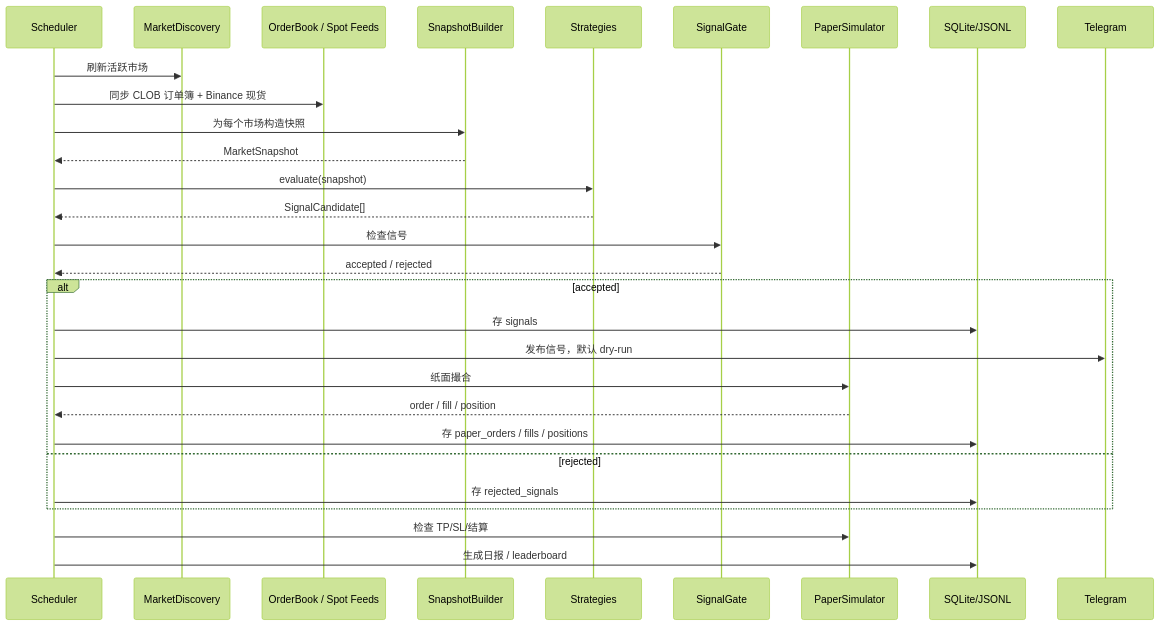
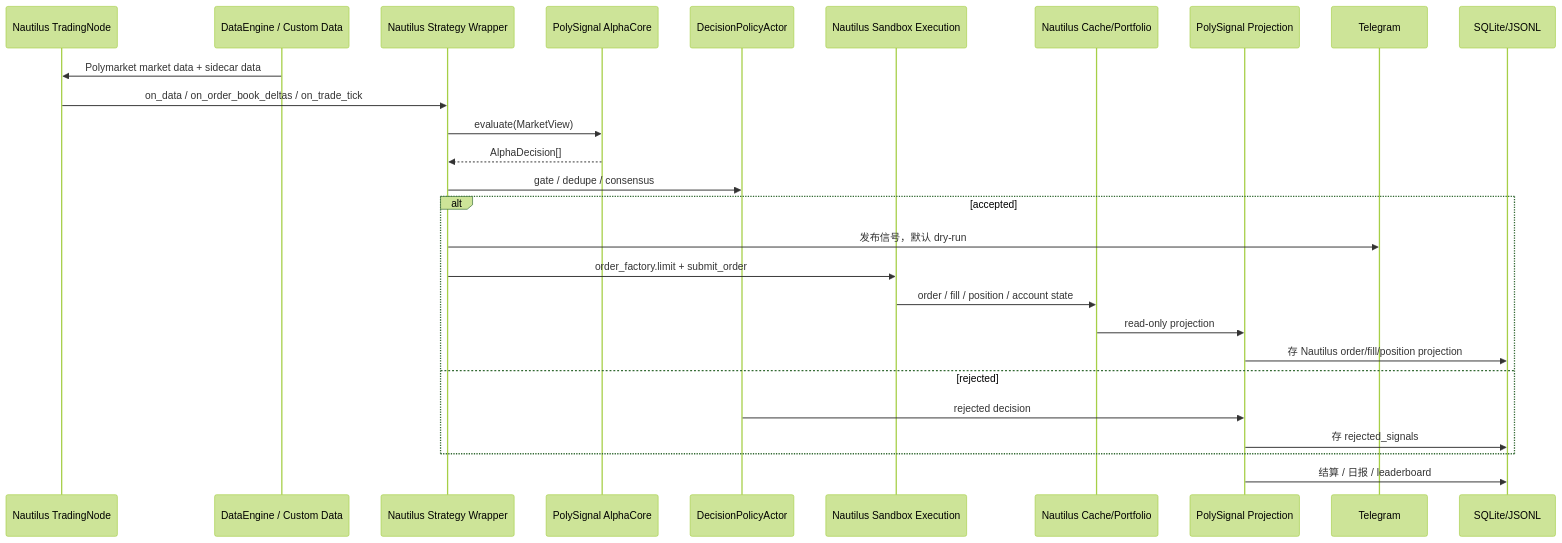
One commit to 6Kmfi6HP/polysignal-lab changed the second of 7 diagrams in docs/PROJECT_ARCHITECTURE_VISUAL.md. Above: the diagram before and after it, drawn with Mermaid (forest theme). The commit also changed other lines of this file and 3 other files, not shown here.

````diff
--- a/docs/PROJECT_ARCHITECTURE_VISUAL.md
+++ b/docs/PROJECT_ARCHITECTURE_VISUAL.md
@@ -44,36 +41,32 @@
 ```mermaid
 sequenceDiagram
-  participant S as Scheduler
-  participant M as MarketDiscovery
-  participant B as OrderBook / Spot Feeds
-  participant Snap as SnapshotBuilder
-  participant Strat as Strategies
-  participant Gate as SignalGate
-  participant Paper as PaperSimulator
+  participant N as Nautilus TradingNode
+  participant D as DataEngine / Custom Data
+  participant Strat as Nautilus Strategy Wrapper
+  participant Core as PolySignal AlphaCore
+  participant Policy as DecisionPolicyActor
+  participant Ex as Nautilus Sandbox Execution
+  participant Cache as Nautilus Cache/Portfolio
+  participant Proj as PolySignal Projection
+  participant Tg as Telegram
   participant DB as SQLite/JSONL
-  participant Tg as Telegram
 
-  S->>M: 刷新活跃市场
-  S->>B: 同步 CLOB 订单簿 + Binance 现货
-  S->>Snap: 为每个市场构造快照
-  Snap-->>S: MarketSnapshot
-
-  S->>Strat: evaluate(snapshot)
-  Strat-->>S: SignalCandidate[]
-
-  S->>Gate: 检查信号
-  Gate-->>S: accepted / rejected
+  D->>N: Polymarket market data + sidecar data
+  N->>Strat: on_data / on_order_book_deltas / on_trade_tick
+  Strat->>Core: evaluate(MarketView)
+  Core-->>Strat: AlphaDecision[]
+  Strat->>Policy: gate / dedupe / consensus
 
   alt accepted
-    S->>DB: 存 signals
-    S->>Tg: 发布信号，默认 dry-run
-    S->>Paper: 纸面撮合
-    Paper-->>S: order / fill / position
-    S->>DB: 存 paper_orders / fills / positions
+    Strat->>Tg: 发布信号，默认 dry-run
+    Strat->>Ex: order_factory.limit + submit_order
+    Ex->>Cache: order / fill / position / account state
+    Cache->>Proj: read-only projection
+    Proj->>DB: 存 Nautilus order/fill/position projection
   else rejected
-    S->>DB: 存 rejected_signals
+    Policy->>Proj: rejected decision
+    Proj->>DB: 存 rejected_signals
   end
 
-  S->>Paper: 检查 TP/SL/结算
-  S->>DB: 生成日报 / leaderboard
+  Proj->>DB: 结算 / 日报 / leaderboard
 ```
````
